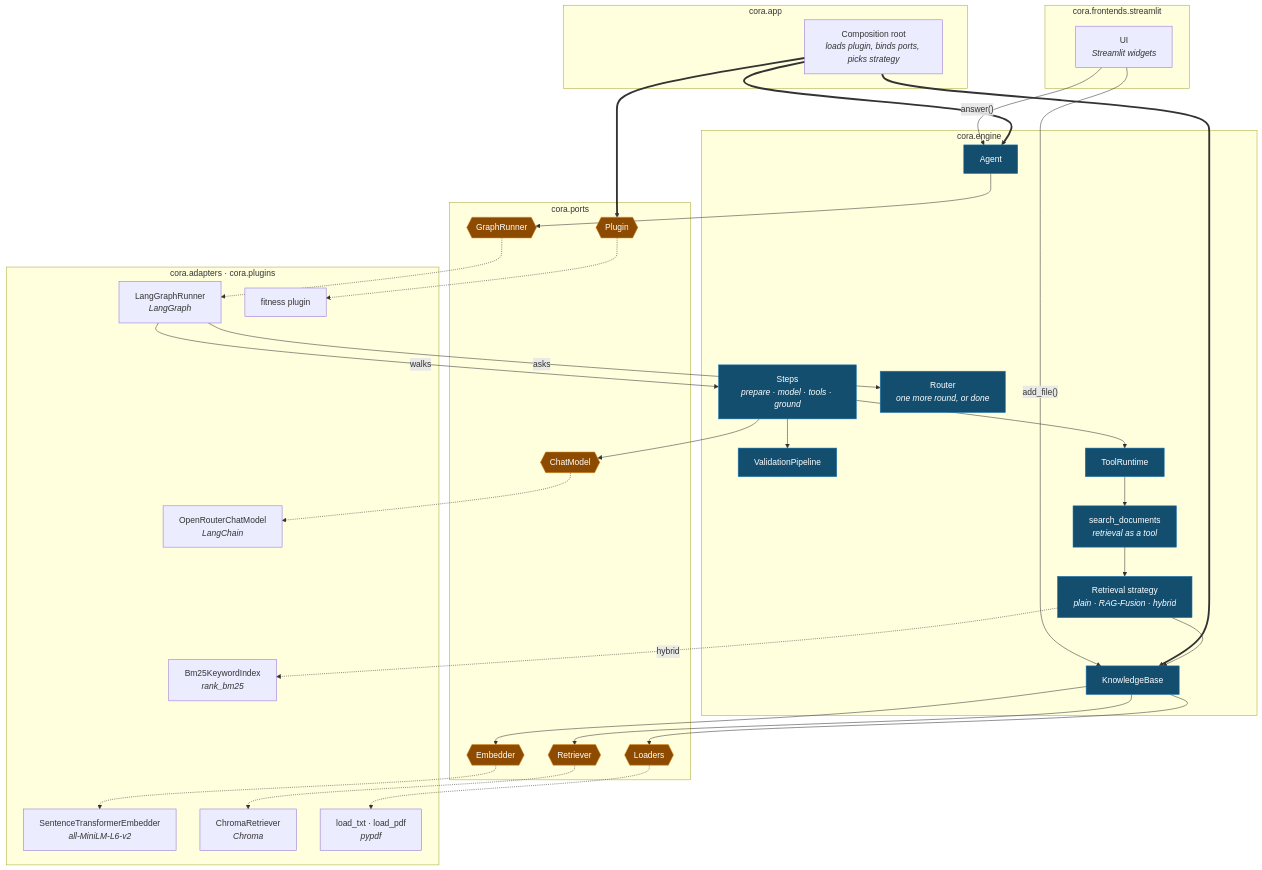
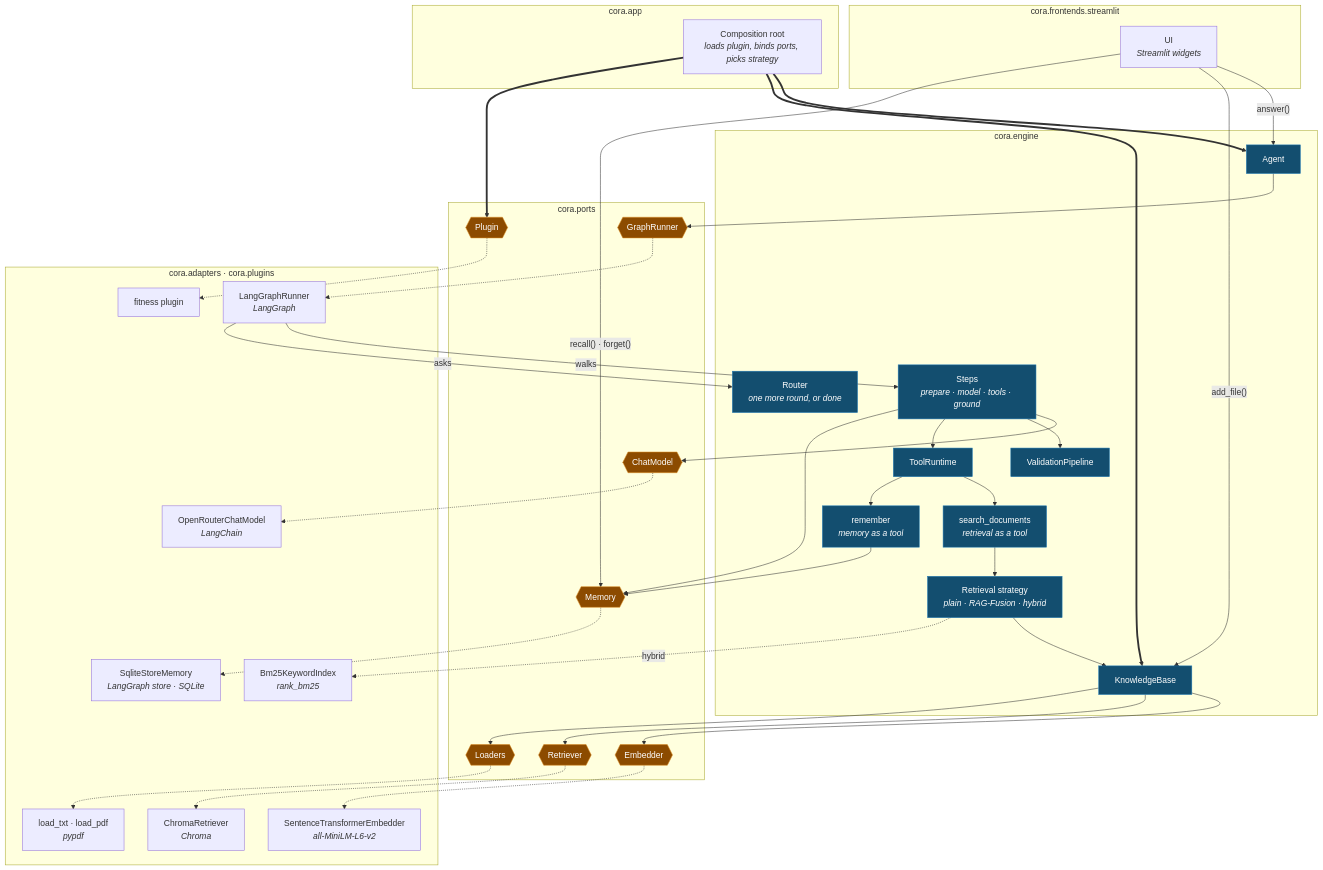
One commit to aschog/cora changed the first of 2 diagrams in docs/big-picture.md. Above: the diagram before and after it, drawn with Mermaid. The commit also changed other lines of this file and 41 other files, not shown here.

````diff
--- a/docs/big-picture.md
+++ b/docs/big-picture.md
@@ -10,71 +10,79 @@
 ```mermaid
 %%{init: {"flowchart": {"nodeSpacing": 45, "rankSpacing": 55, "curve": "basis"}}}%%
 flowchart TB
   subgraph shell["cora.frontends.streamlit"]
     ui["UI<br/><i>Streamlit widgets</i>"]
   end
 
   subgraph wiring["cora.app"]
     root["Composition root<br/><i>loads plugin, binds ports, picks strategy</i>"]
   end
 
   subgraph core["cora.engine"]
     agent["Agent"]
     steps["Steps<br/><i>prepare · model · tools · ground</i>"]
     router["Router<br/><i>one more round, or done</i>"]
     val["ValidationPipeline"]
     rt["ToolRuntime"]
     search["search_documents<br/><i>retrieval as a tool</i>"]
+    remember["remember<br/><i>memory as a tool</i>"]
     retr["Retrieval strategy<br/><i>plain · RAG-Fusion · hybrid</i>"]
     kb["KnowledgeBase"]
   end
 
   subgraph seam["cora.ports"]
     gr{{"GraphRunner"}}
     cm{{"ChatModel"}}
     emb{{"Embedder"}}
     ret{{"Retriever"}}
     load{{"Loaders"}}
+    mem{{"Memory"}}
     plug{{"Plugin"}}
   end
 
   subgraph infra["cora.adapters · cora.plugins"]
     lg["LangGraphRunner<br/><i>LangGraph</i>"]
     orc["OpenRouterChatModel<br/><i>LangChain</i>"]
     ste["SentenceTransformerEmbedder<br/><i>all-MiniLM-L6-v2</i>"]
     chroma["ChromaRetriever<br/><i>Chroma</i>"]
     bm25["Bm25KeywordIndex<br/><i>rank_bm25</i>"]
     load_reg["load_txt · load_pdf<br/><i>pypdf</i>"]
+    store["SqliteStoreMemory<br/><i>LangGraph store · SQLite</i>"]
     fit["fitness plugin"]
   end
 
   ui -->|"answer()"| agent
   ui -->|"add_file()"| kb
+  ui -->|"recall() · forget()"| mem
   root ==> agent
   root ==> kb
   root ==> plug
   agent --> gr
   lg -->|"walks"| steps
   lg -->|"asks"| router
   steps --> cm
   steps --> val
   steps --> rt
   rt --> search
+  rt --> remember
+  remember --> mem
+  steps --> mem
   search --> retr
   retr --> kb
   kb --> emb
   kb --> ret
   kb --> load
   retr -.->|"hybrid"| bm25
   gr -.-> lg
   cm -.-> orc
   emb -.-> ste
   ret -.-> chroma
   load -.-> load_reg
+  mem -.-> store
   plug -.-> fit
 
   classDef port fill:#8c4b00,stroke:#d98a1f,color:#fff;
   classDef logic fill:#134e6f,stroke:#1f78b4,color:#fff;
-  class gr,cm,emb,ret,load,plug port;
-  class agent,steps,router,val,rt,search,retr,kb logic;
+  class gr,cm,emb,ret,load,mem,plug port;
+  class agent,steps,router,val,rt,search,remember,retr,kb logic;
 ```
````
